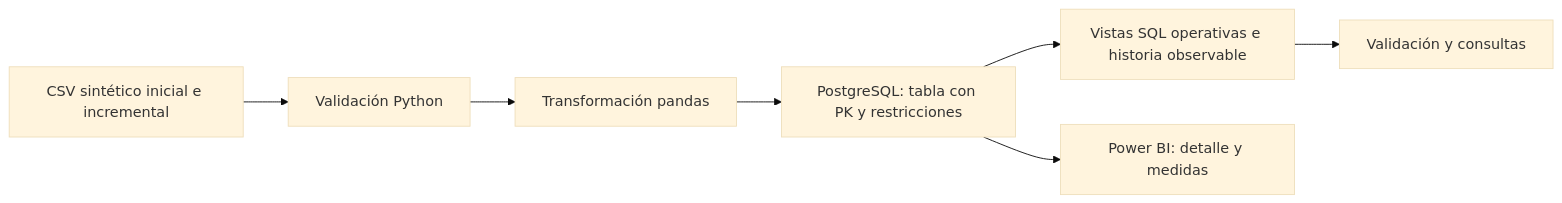
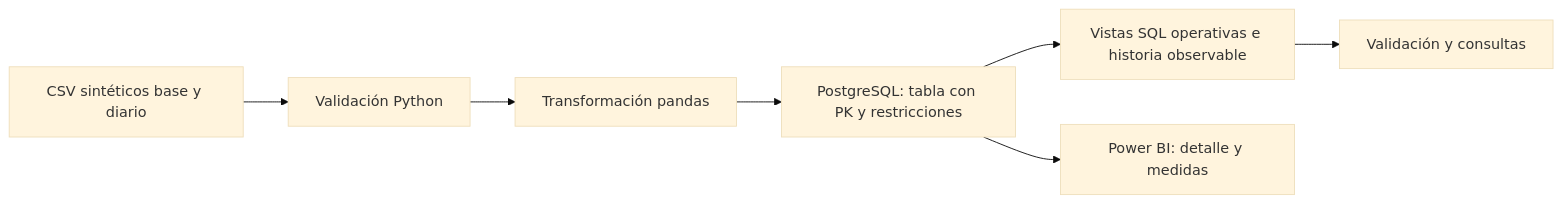
Before and after one commit to SouthClvbDev/portability-data-pipeline: the diagram in docs/architecture.md, drawn with Mermaid (base theme). The commit also changed other lines of this file and 29 other files, not shown here.

````diff
--- a/docs/architecture.md
+++ b/docs/architecture.md
@@ -5,9 +5,9 @@
 ```mermaid
 flowchart LR
-    A[CSV sintético inicial e incremental] --> B[Validación Python]
+    A[CSV sintéticos base y diario] --> B[Validación Python]
     B --> C[Transformación pandas]
     C --> D[PostgreSQL: tabla con PK y restricciones]
     D --> E[Vistas SQL operativas e historia observable]
     D --> F[Power BI: detalle y medidas]
     E --> G[Validación y consultas]
 ```
````
